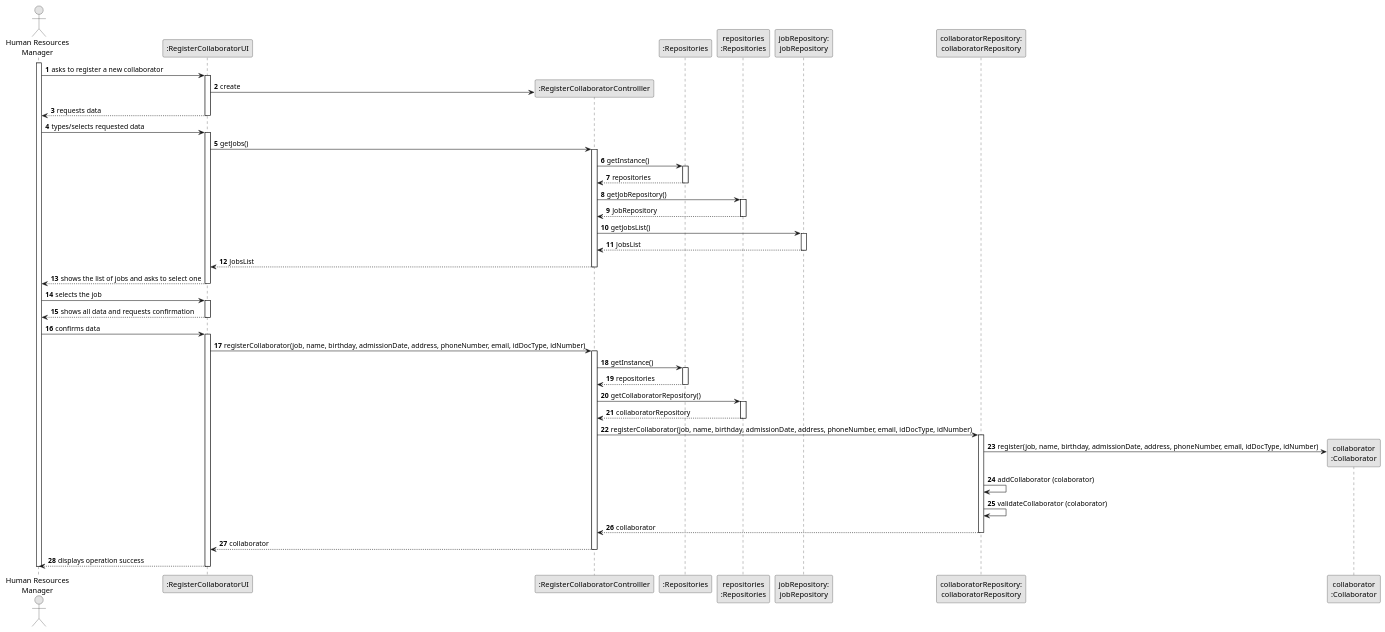
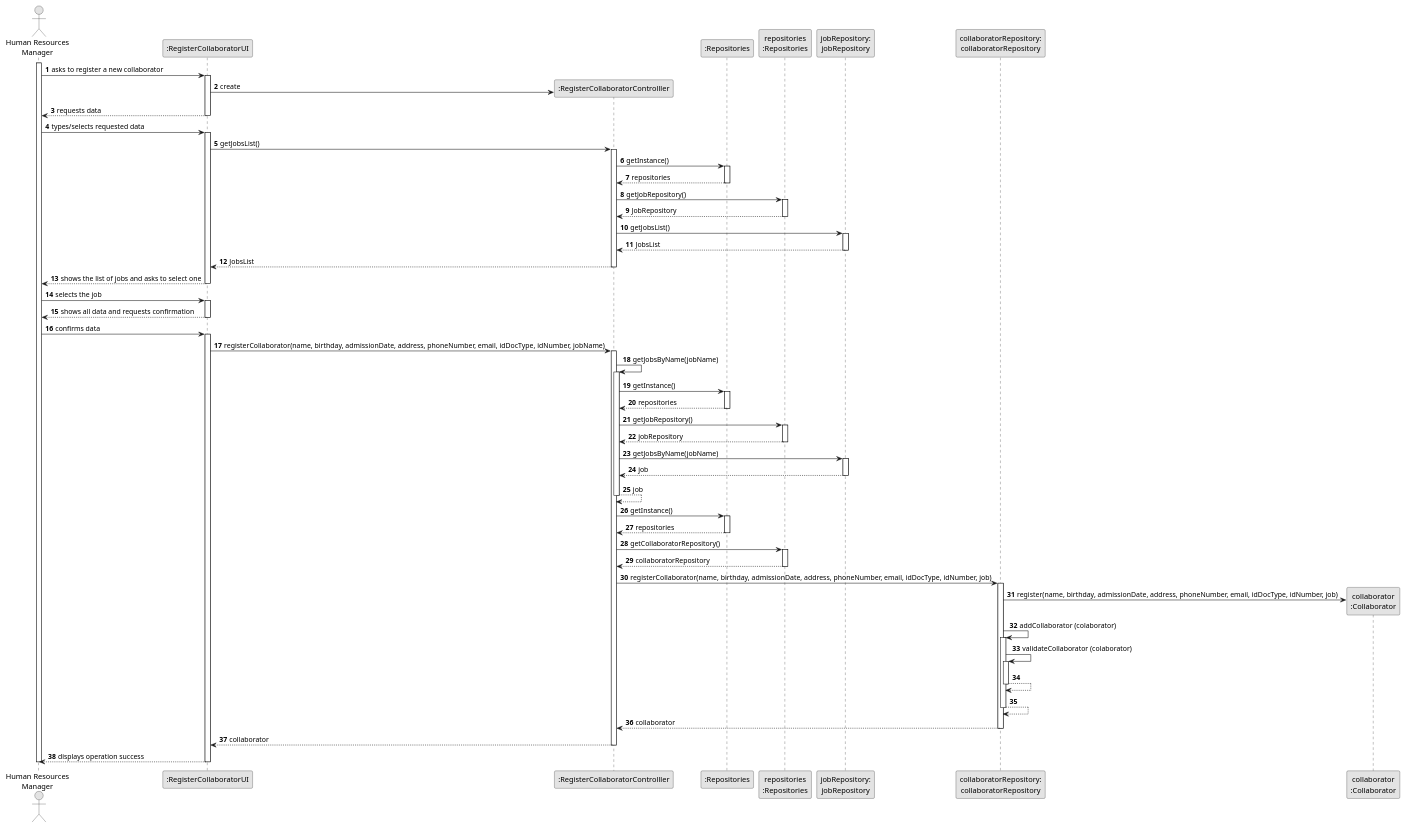
One commit to daniel41silva05/ISEP_2023_2024_LAPR2 changed the diagram in docs/sprintA&B/us003/03.design/puml/us003-sequence-diagram-full.puml. Above: the diagram before and after it, drawn with PlantUML. The commit also changed 15 other files, not shown here.

Commit message:
ED-17: US3 - corrections in coherence between sequence diagram, class diagram and implementation

```diff
--- a/docs/sprintA&B/us003/03.design/puml/us003-sequence-diagram-full.puml
+++ b/docs/sprintA&B/us003/03.design/puml/us003-sequence-diagram-full.puml
@@ -1,103 +1,134 @@
 @startuml
 skinparam monochrome true
 skinparam packageStyle rectangle
 skinparam shadowing false
 
 autonumber
 
 'hide footbox
 actor "Human Resources\nManager" as HRM
 participant ":RegisterCollaboratorUI" as UI
 participant ":RegisterCollaboratorControlller" as CTRL
 participant ":Repositories" as REP
 participant "repositories\n:Repositories" as REPS
 participant "jobRepository:\njobRepository" as jobRepository
 participant "collaboratorRepository:\ncollaboratorRepository" as collaboratorRepository
 participant "collaborator\n:Collaborator" as COLLABORATOR
 
 activate HRM
 
     HRM -> UI : asks to register a new collaborator
     activate UI
 
         UI -> CTRL** : create
 
     UI --> HRM : requests data
     deactivate UI
 
     HRM -> UI : types/selects requested data
     activate UI
 
-        UI -> CTRL : getJobs()
+        UI -> CTRL : getJobsList()
         activate CTRL
 
             CTRL -> REP : getInstance()
             activate REP
 
             REP --> CTRL: repositories
             deactivate REP
 
             CTRL -> REPS : getJobRepository()
             activate REPS
 
             REPS --> CTRL: JobRepository
             deactivate REPS
 
             CTRL -> jobRepository: getJobsList()
             activate jobRepository
 
             jobRepository --> CTRL : JobsList
             deactivate jobRepository
 
             CTRL --> UI : JobsList
             deactivate CTRL
 
     UI --> HRM : shows the list of jobs and asks to select one
     deactivate UI
 
     HRM -> UI : selects the job
     activate UI
 
     UI --> HRM : shows all data and requests confirmation
     deactivate UI
 
     HRM -> UI : confirms data
     activate UI
 
-        UI -> CTRL: registerCollaborator(job, name, birthday, admissionDate, address, phoneNumber, email, idDocType, idNumber)
+        UI -> CTRL: registerCollaborator(name, birthday, admissionDate, address, phoneNumber, email, idDocType, idNumber, jobName)
         activate CTRL
+
+            CTRL -> CTRL: getJobsByName(jobName)
+            activate CTRL
+
+            CTRL -> REP: getInstance()
+            activate REP
+
+            REP --> CTRL: repositories
+            deactivate REP
+
+            CTRL -> REPS: getJobRepository()
+            activate REPS
+
+            REPS --> CTRL: jobRepository
+            deactivate REPS
+
+            CTRL -> jobRepository: getJobsByName(jobName)
+            activate jobRepository
+
+            jobRepository --> CTRL: job
+            deactivate jobRepository
+
+            CTRL --> CTRL: job
+            deactivate CTRL
 
             CTRL -> REP: getInstance()
             activate REP
 
             REP --> CTRL: repositories
             deactivate REP
 
             CTRL -> REPS: getCollaboratorRepository()
             activate REPS
 
             REPS --> CTRL: collaboratorRepository
             deactivate REPS
 
-            CTRL -> collaboratorRepository: registerCollaborator(job, name, birthday, admissionDate, address, phoneNumber, email, idDocType, idNumber)
+            CTRL -> collaboratorRepository: registerCollaborator(name, birthday, admissionDate, address, phoneNumber, email, idDocType, idNumber, job)
             activate collaboratorRepository
 
-                collaboratorRepository -> COLLABORATOR** : register(job, name, birthday, admissionDate, address, phoneNumber, email, idDocType, idNumber)
+                collaboratorRepository -> COLLABORATOR** : register(name, birthday, admissionDate, address, phoneNumber, email, idDocType, idNumber, job)
 
                 collaboratorRepository -> collaboratorRepository: addCollaborator (colaborator)
+                activate collaboratorRepository
 
                 collaboratorRepository -> collaboratorRepository: validateCollaborator (colaborator)
+                activate collaboratorRepository
 
+                collaboratorRepository --> collaboratorRepository
+                deactivate collaboratorRepository
+
+                collaboratorRepository --> collaboratorRepository
+                deactivate collaboratorRepository
 
             collaboratorRepository --> CTRL: collaborator
             deactivate collaboratorRepository
 
         CTRL --> UI: collaborator
         deactivate CTRL
 
     UI --> HRM: displays operation success
     deactivate UI
 
 deactivate HRM
 
 @enduml
```
